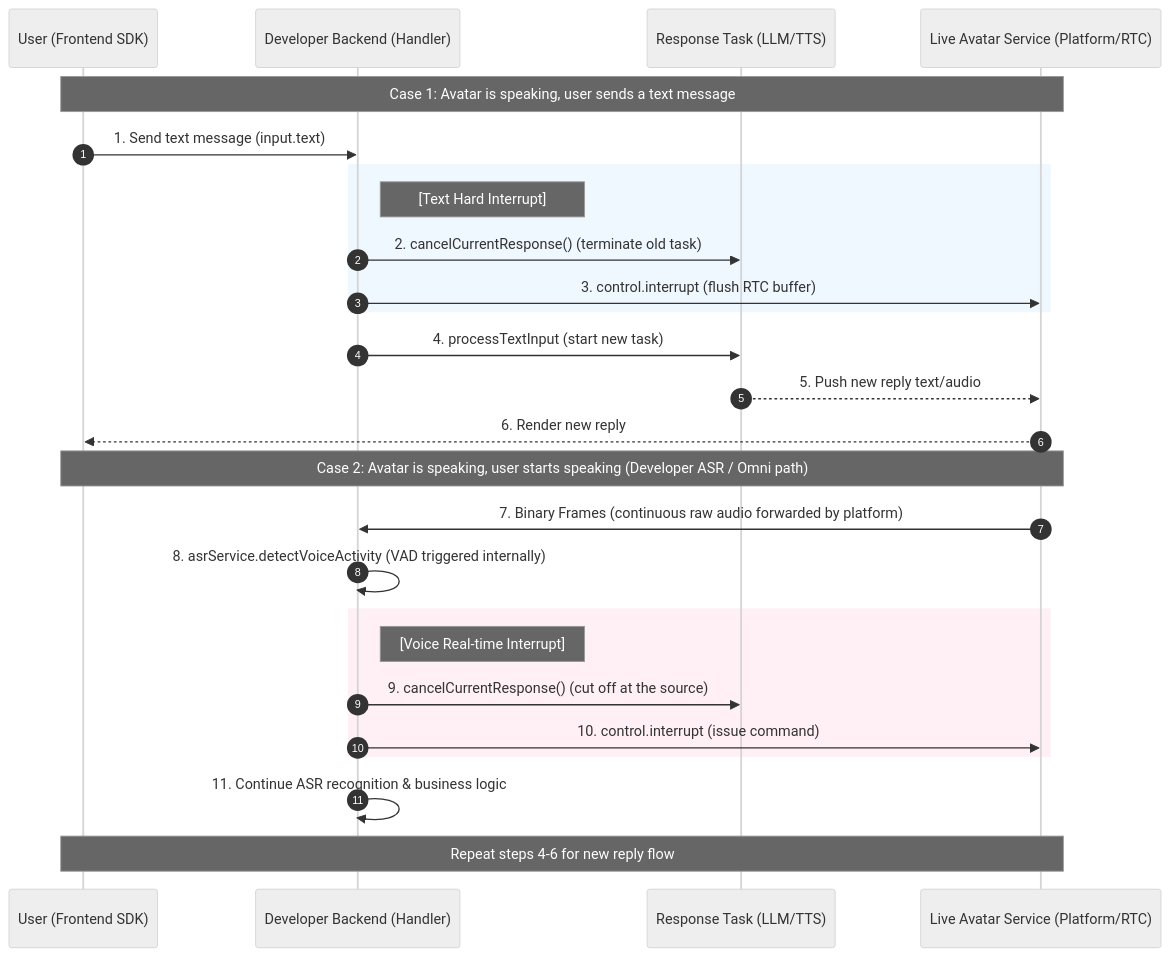
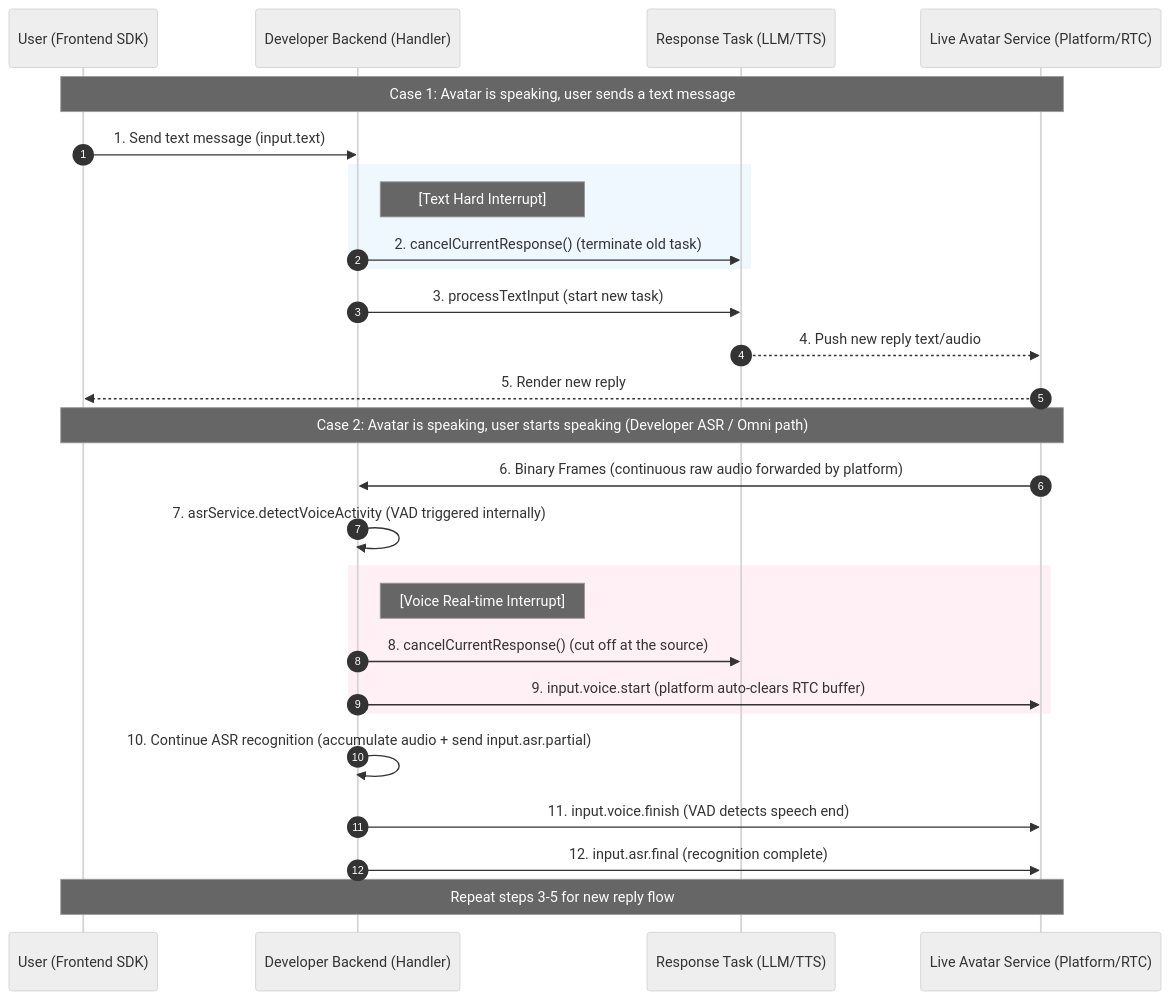
The third of 3 diagrams in PROTOCOL.md (newportAI-lab/liveavatar-channel-python), drawn with Mermaid (neutral theme) before and after one commit. The commit also changed other lines of this file and 3 other files, not shown here.

````diff
--- a/PROTOCOL.md
+++ b/PROTOCOL.md
@@ -394,35 +394,36 @@
 ```mermaid
 sequenceDiagram
     autonumber
     participant User as User (Frontend SDK)
     participant AppServer as Developer Backend (Handler)
     participant Task as Response Task (LLM/TTS)
     participant Avatar as Live Avatar Service (Platform/RTC)
 
     Note over User, Avatar: Case 1: Avatar is speaking, user sends a text message
     User->>AppServer: 1. Send text message (input.text)
 
     rect rgb(240, 248, 255)
         Note right of AppServer: [Text Hard Interrupt]
         AppServer->>Task: 2. cancelCurrentResponse() (terminate old task)
-        AppServer->>Avatar: 3. control.interrupt (flush RTC buffer)
     end
 
-    AppServer->>Task: 4. processTextInput (start new task)
-    Task-->>Avatar: 5. Push new reply text/audio
-    Avatar-->>User: 6. Render new reply
+    AppServer->>Task: 3. processTextInput (start new task)
+    Task-->>Avatar: 4. Push new reply text/audio
+    Avatar-->>User: 5. Render new reply
 
     Note over User, Avatar: Case 2: Avatar is speaking, user starts speaking (Developer ASR / Omni path)
-    Avatar->>AppServer: 7. Binary Frames (continuous raw audio forwarded by platform)
+    Avatar->>AppServer: 6. Binary Frames (continuous raw audio forwarded by platform)
 
-    AppServer->>AppServer: 8. asrService.detectVoiceActivity (VAD triggered internally)
+    AppServer->>AppServer: 7. asrService.detectVoiceActivity (VAD triggered internally)
 
     rect rgb(255, 240, 245)
         Note right of AppServer: [Voice Real-time Interrupt]
-        AppServer->>Task: 9. cancelCurrentResponse() (cut off at the source)
-        AppServer->>Avatar: 10. control.interrupt (issue command)
+        AppServer->>Task: 8. cancelCurrentResponse() (cut off at the source)
+        AppServer->>Avatar: 9. input.voice.start (platform auto-clears RTC buffer)
     end
 
-    AppServer->>AppServer: 11. Continue ASR recognition & business logic
-    Note over User, Avatar: Repeat steps 4-6 for new reply flow
+    AppServer->>AppServer: 10. Continue ASR recognition (accumulate audio + send input.asr.partial)
+    AppServer->>Avatar: 11. input.voice.finish (VAD detects speech end)
+    AppServer->>Avatar: 12. input.asr.final (recognition complete)
+    Note over User, Avatar: Repeat steps 3-5 for new reply flow
 ```
````
